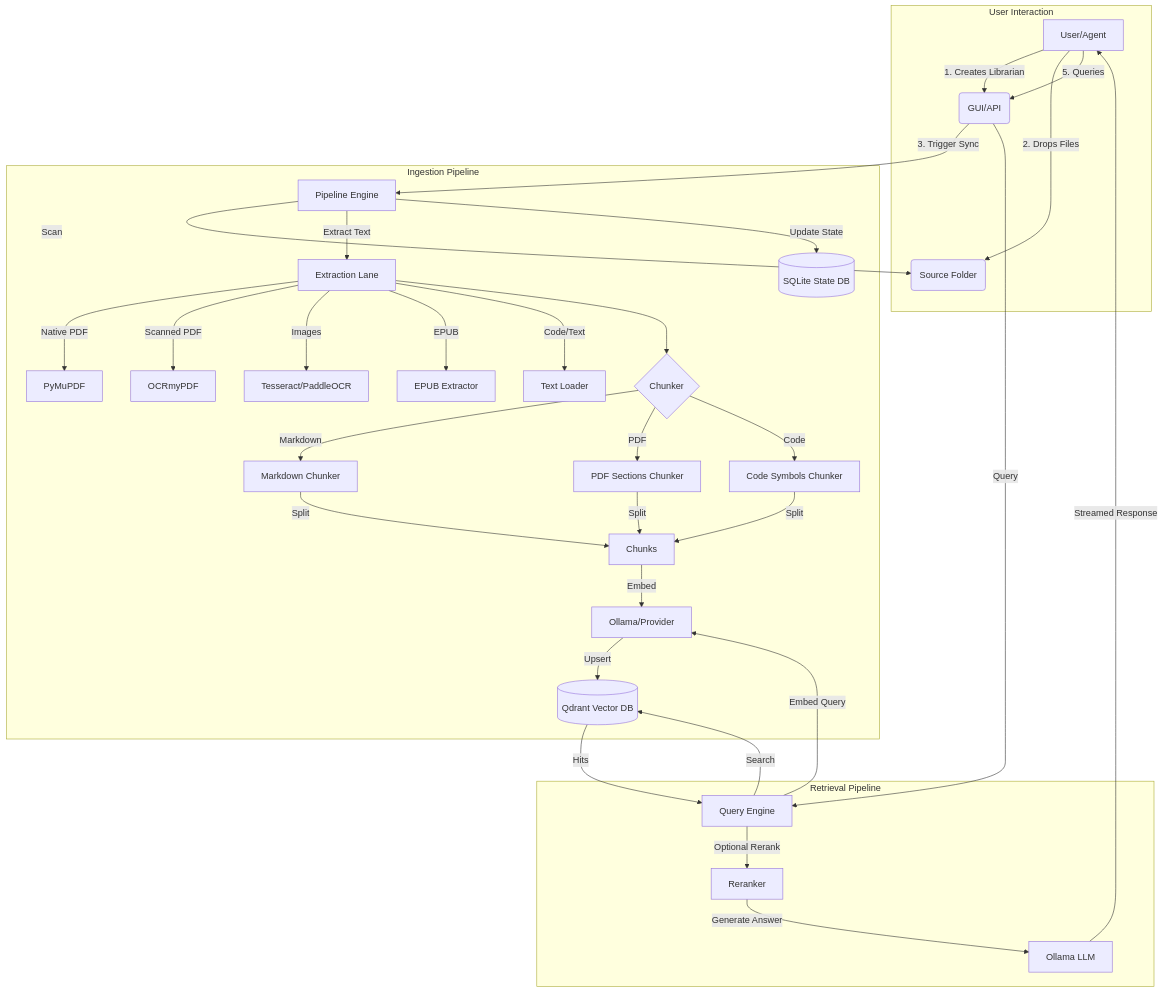
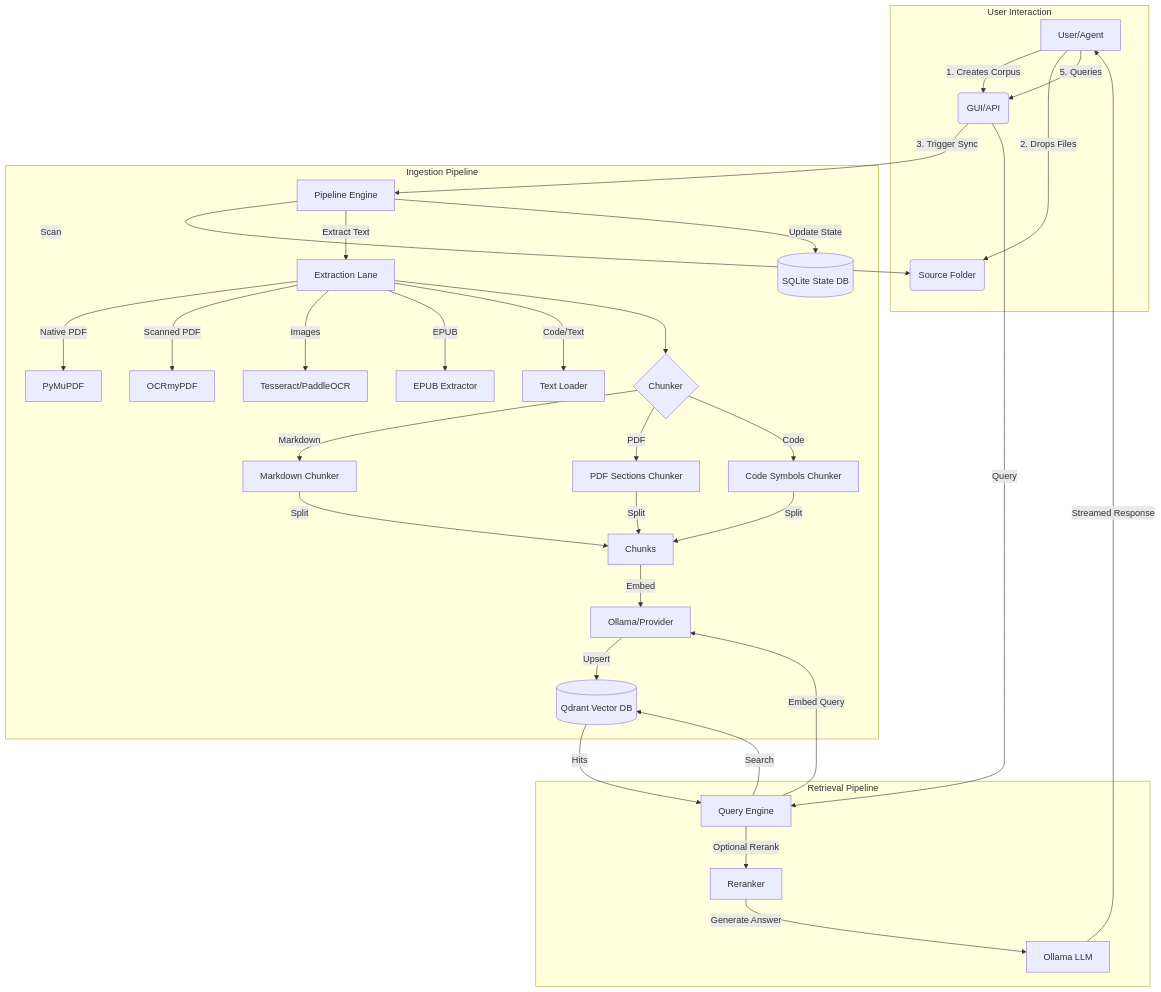
One commit to SweetingTech/Ragnificent changed the diagram in README.md. Above: the diagram before and after it, drawn with Mermaid. The commit also changed other lines of this file, not shown here.

````diff
--- a/README.md
+++ b/README.md
@@ -7,37 +40,37 @@
 ```mermaid
 graph TD
     subgraph User Interaction
-    A[User/Agent] -->|1. Creates Librarian| B(GUI/API)
+    A[User/Agent] -->|1. Creates Corpus| B(GUI/API)
     A -->|2. Drops Files| C(Source Folder)
     A -->|5. Queries| B
     end
 
     subgraph Ingestion Pipeline
     B -->|3. Trigger Sync| D[Pipeline Engine]
     D -->|Scan| C
     D -->|Extract Text| E[Extraction Lane]
     E -->|Native PDF| F[PyMuPDF]
     E -->|Scanned PDF| F2[OCRmyPDF]
     E -->|Images| F3[Tesseract/PaddleOCR]
     E -->|EPUB| F4[EPUB Extractor]
     E -->|Code/Text| G[Text Loader]
     E --> H{Chunker}
     H -->|Markdown| H1[Markdown Chunker]
     H -->|PDF| H2[PDF Sections Chunker]
     H -->|Code| H3[Code Symbols Chunker]
     H1 & H2 & H3 -->|Split| I[Chunks]
     I -->|Embed| J[Ollama/Provider]
     J -->|Upsert| K[(Qdrant Vector DB)]
     D -->|Update State| L[(SQLite State DB)]
     end
 
     subgraph Retrieval Pipeline
     B -->|Query| M[Query Engine]
     M -->|Embed Query| J
     M -->|Search| K
     K -->|Hits| M
     M -->|Optional Rerank| N[Reranker]
     N -->|Generate Answer| O[Ollama LLM]
     O -->|Streamed Response| A
     end
 ```
````
